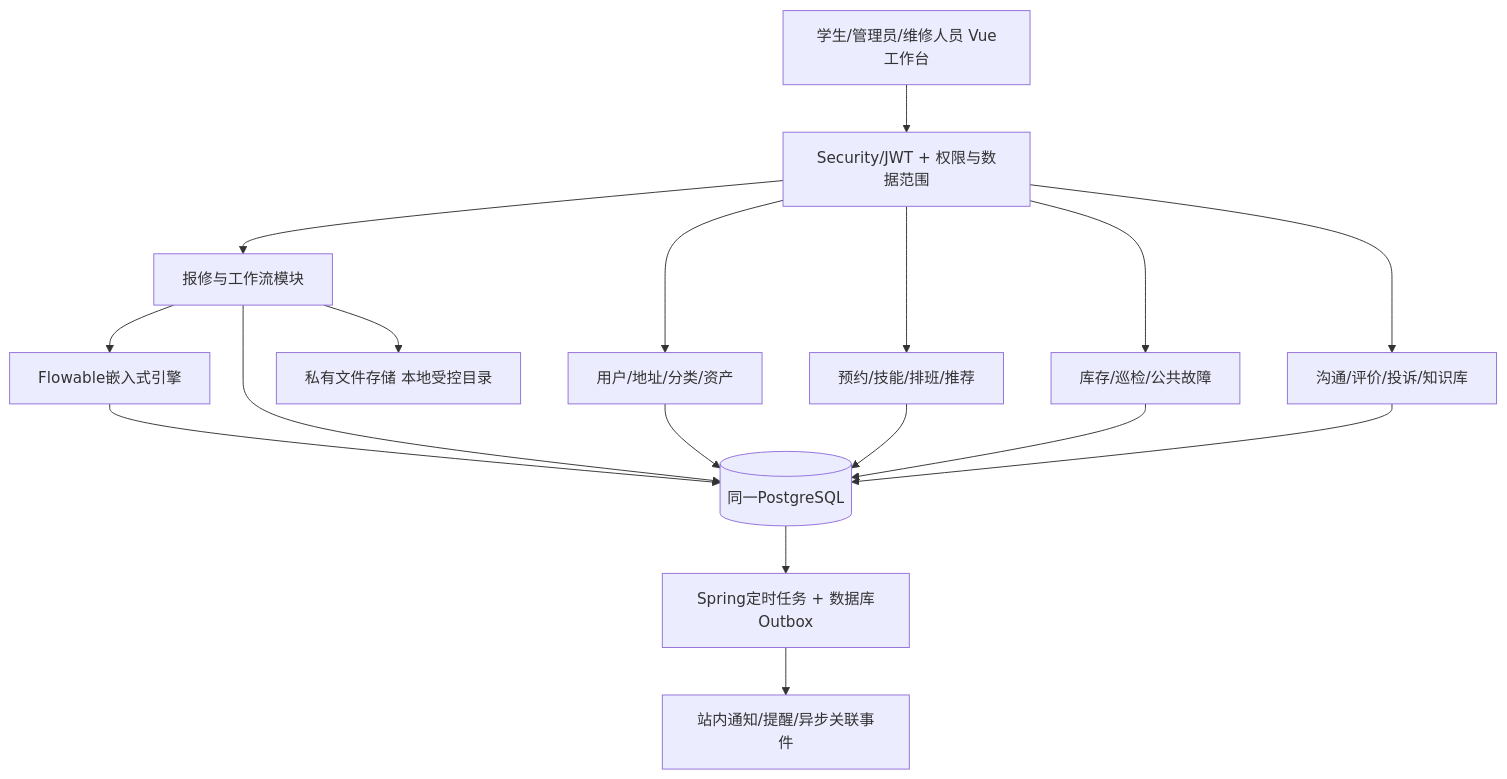
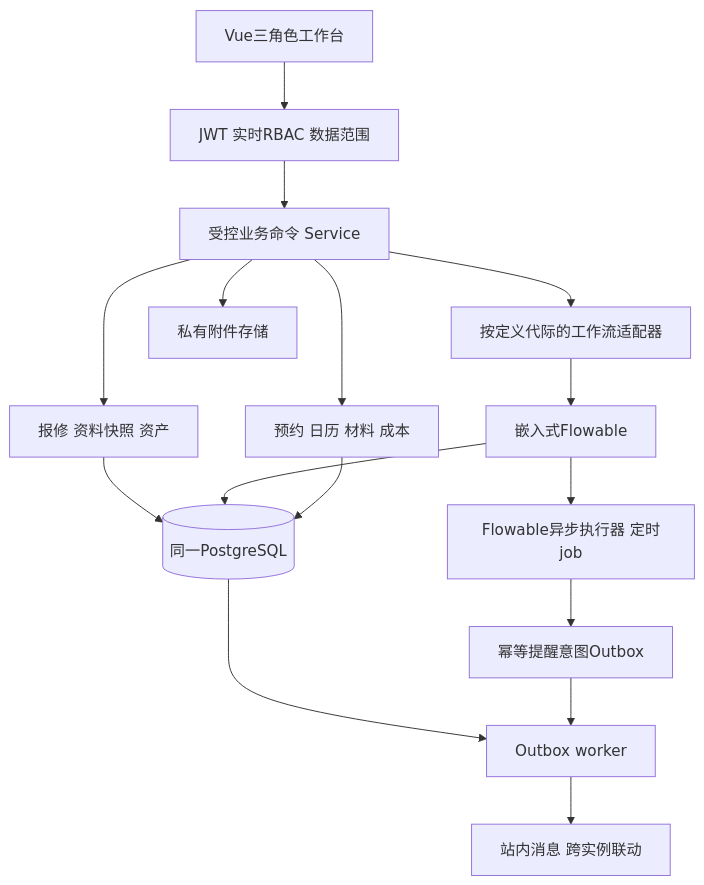
The diagram in docs/v2-design/02-系统总体架构.md (XinyuLiu-SCU/dorm-repair), drawn with Mermaid before and after one commit. The commit also changed other lines of this file and 18 other files, not shown here.

````diff
--- a/docs/v2-design/02-系统总体架构.md
+++ b/docs/v2-design/02-系统总体架构.md
@@ -7,19 +7,18 @@
 ```mermaid
 flowchart TB
-  U[学生/管理员/维修人员 Vue工作台] --> API[Security/JWT + 权限与数据范围]
-  API --> O[报修与工作流模块]
-  API --> B[用户/地址/分类/资产]
-  API --> S[预约/技能/排班/推荐]
-  API --> R[库存/巡检/公共故障]
-  API --> C[沟通/评价/投诉/知识库]
-  O --> FE[Flowable嵌入式引擎]
-  O --> DB[(同一PostgreSQL)]
-  FE --> DB
-  B --> DB
-  S --> DB
-  R --> DB
-  C --> DB
-  O --> F[私有文件存储 本地受控目录]
-  DB --> JOB[Spring定时任务 + 数据库Outbox]
-  JOB --> N[站内通知/提醒/异步关联事件]
+ UI[Vue三角色工作台] --> SEC[JWT 实时RBAC 数据范围]
+ SEC --> CMD[受控业务命令 Service]
+ CMD --> ORD[报修 资料快照 资产]
+ CMD --> WF[按定义代际的工作流适配器]
+ CMD --> RES[预约 日历 材料 成本]
+ WF --> ENG[嵌入式Flowable]
+ ORD --> DB[(同一PostgreSQL)]
+ ENG --> DB
+ RES --> DB
+ CMD --> FILE[私有附件存储]
+ DB --> OUT[Outbox worker]
+ OUT --> MSG[站内消息 跨实例联动]
+ ENG --> TIMER[Flowable异步执行器 定时job]
+ TIMER --> INTENT[幂等提醒意图Outbox]
+ INTENT --> OUT
 ```
````
